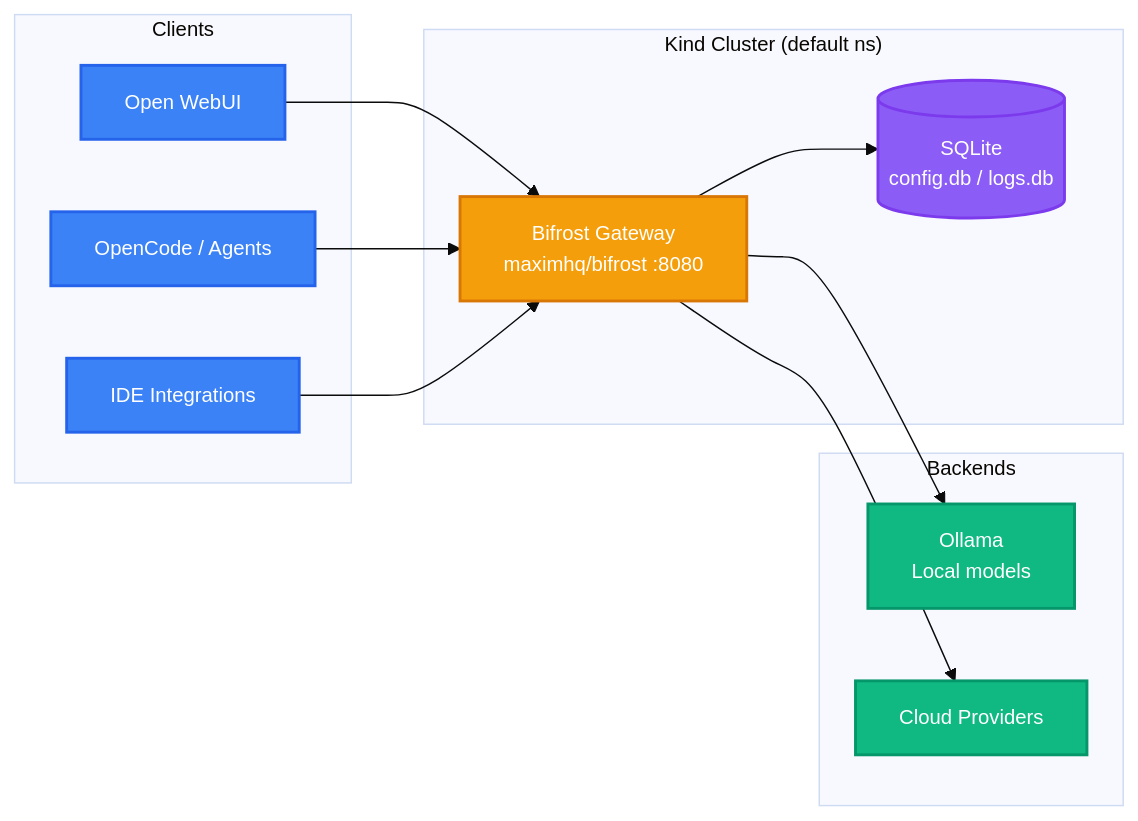
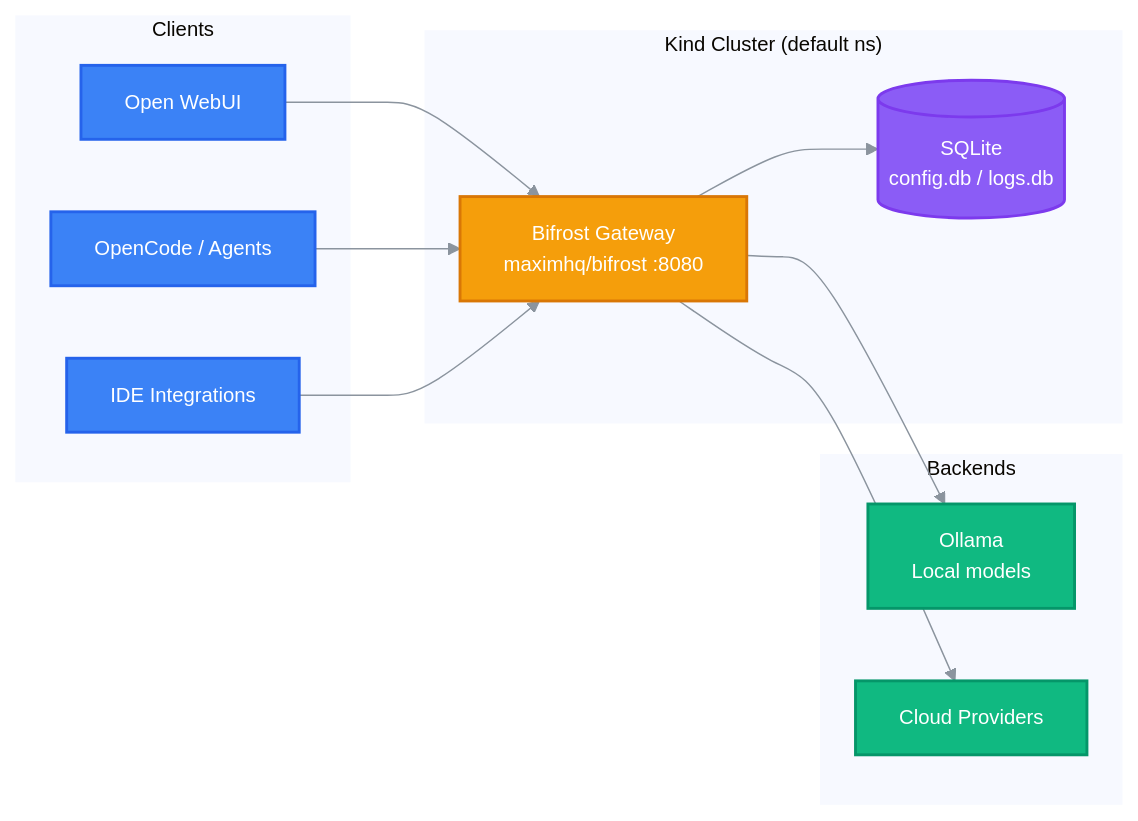
Before and after one commit to kairosys/bifrost: the diagram in README.md, drawn with Mermaid.

Commit message:
Enhance Mermaid diagram styling in README.md for improved readability

````diff
--- a/README.md
+++ b/README.md
@@ -118,36 +118,44 @@
 ```mermaid
-%%{init: {'theme': 'base', 'themeVariables': {'fontSize': '14px'}}}%%
+%%{init: {
+  'theme': 'base',
+  'themeVariables': {
+    'fontSize': '14px',
+    'darkMode': true,
+    'lineColor': '#8B949E',
+    'textColor': '#E6EDF3'
+  }
+}}%%
 flowchart LR
     subgraph Clients["Clients"]
         A[Open WebUI]
         B[OpenCode / Agents]
         C[IDE Integrations]
     end
 
     subgraph Cluster["Kind Cluster (default ns)"]
         D[Bifrost Gateway<br/>maximhq/bifrost :8080]
         E[(SQLite<br/>config.db / logs.db)]
     end
 
     subgraph Backends["Backends"]
         F[Ollama<br/>Local models]
         G[Cloud Providers]
     end
 
     A --> D
     B --> D
     C --> D
     D --> E
     D --> F
     D --> G
 
     classDef client fill:#3B82F6,stroke:#2563EB,color:#fff,stroke-width:2px
     classDef gateway fill:#F59E0B,stroke:#D97706,color:#fff,stroke-width:2px
     classDef data fill:#8B5CF6,stroke:#7C3AED,color:#fff,stroke-width:2px
     classDef service fill:#10B981,stroke:#059669,color:#fff,stroke-width:2px
 
     class A,B,C client
     class D gateway
     class E data
     class F,G service
 ```
````
